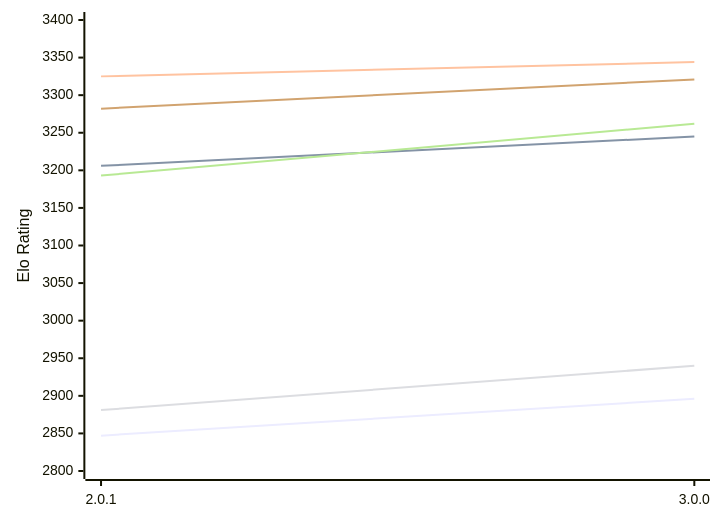
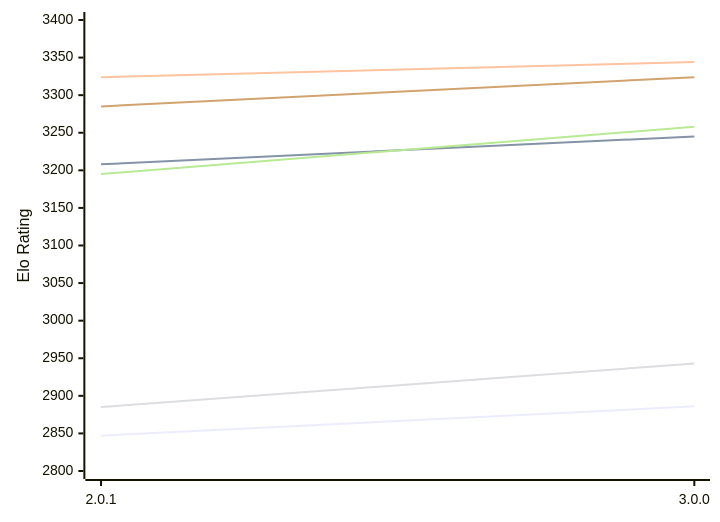
One commit to computer-chess-index/cci changed the first of 2 diagrams in engines/Grail.md. Above: the diagram before and after it, drawn with Mermaid. The commit also changed other lines of this file, not shown here.

Commit message:
Update CCI Ratings (ELO VLTC) - 2026-11-24

````diff
--- a/engines/Grail.md
+++ b/engines/Grail.md
@@ -56,12 +56,12 @@
 ```mermaid
 %%{init: {"theme":"base","themeVariables":{"seriesColors:['#a3a3a3','#222221','#faa371']}}}%%
 xychart-beta
   x-axis ["2.0.1", "3.0.0"]
   y-axis "Elo Rating" 2800 --> 3400
-  line "E1: STC (8.0+0.08s)" [2847, 2896]
-  line "E1: LTC (60.0+0.60s)" [3206, 3245]
-  line "E1: VLTC (2m24s+1.12s)" [3325, 3344]
-  line "P1: STC (8.0+0.08s)" [2881, 2940]
-  line "P1: LTC (60.0+0.60s)" [3193, 3262]
-  line "P1: VLTC (2m24s+1.12s)" [3282, 3321]
+  line "E1: STC (8.0+0.08s)" [2847, 2886]
+  line "E1: LTC (60.0+0.60s)" [3208, 3245]
+  line "E1: VLTC (2m24s+1.12s)" [3324, 3344]
+  line "P1: STC (8.0+0.08s)" [2885, 2943]
+  line "P1: LTC (60.0+0.60s)" [3195, 3258]
+  line "P1: VLTC (2m24s+1.12s)" [3285, 3324]
 ```
````
